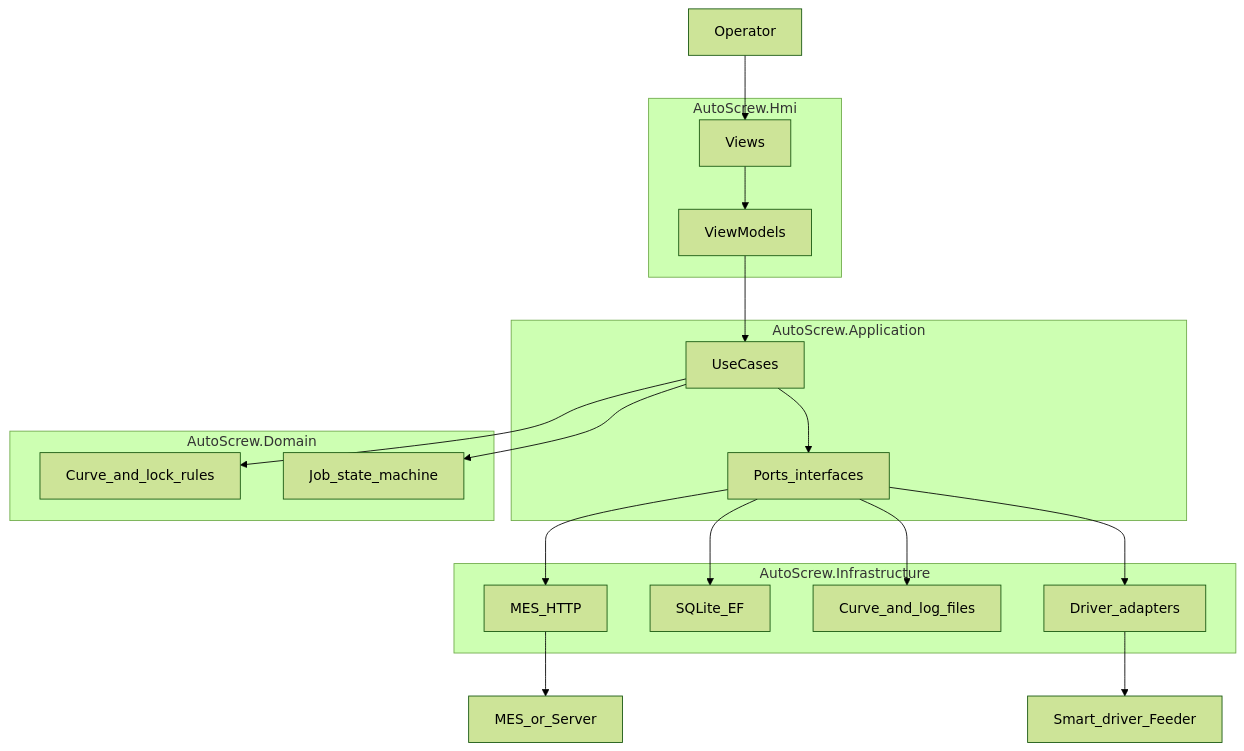
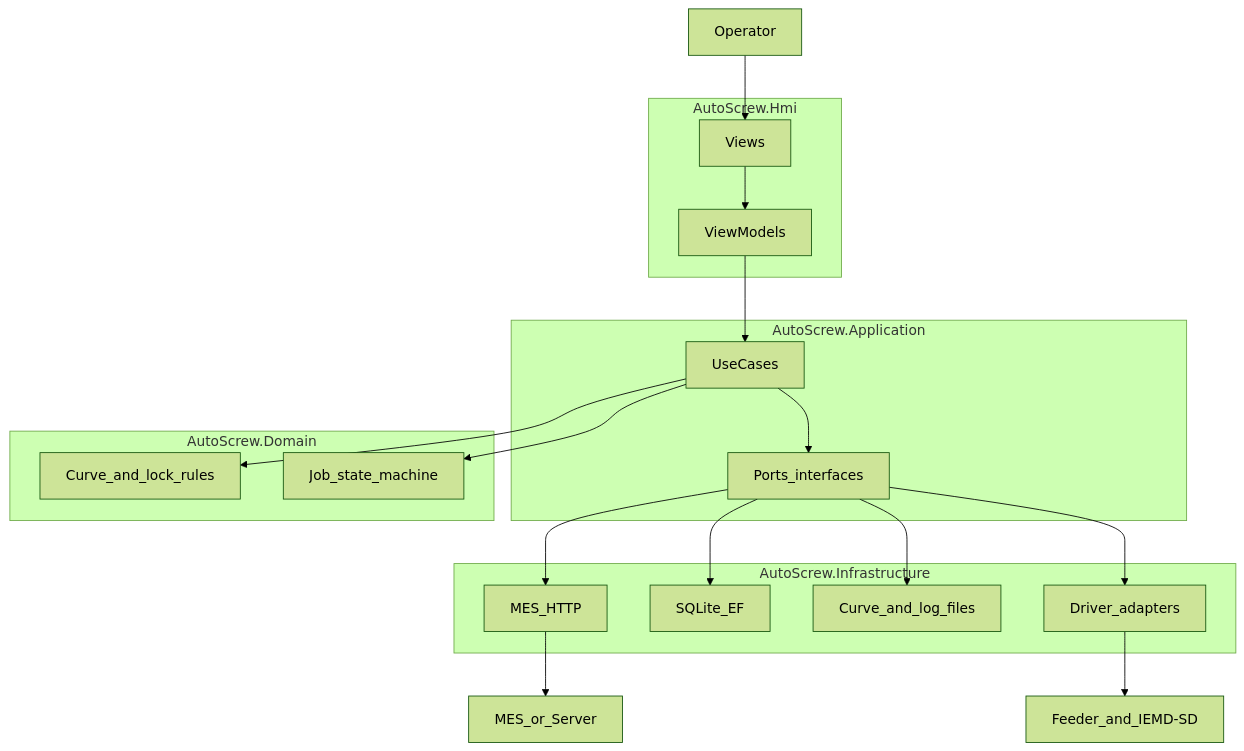
Before and after one commit to JacobLiou/AutoScrew: the diagram in doc/Design.md, drawn with Mermaid (forest theme). The commit also changed other lines of this file and 13 other files, not shown here.

````diff
--- a/doc/Design.md
+++ b/doc/Design.md
@@ -79,33 +80,33 @@
 ```mermaid
 flowchart TB
   subgraph hmi [AutoScrew.Hmi]
     Views[Views]
     VMs[ViewModels]
   end
   subgraph app [AutoScrew.Application]
     UseCases[UseCases]
     Ports[Ports_interfaces]
   end
   subgraph dom [AutoScrew.Domain]
     Rules[Curve_and_lock_rules]
     FSM[Job_state_machine]
   end
   subgraph infra [AutoScrew.Infrastructure]
     Mes[MES_HTTP]
     Db[SQLite_EF]
     Files[Curve_and_log_files]
     Devices[Driver_adapters]
   end
   Operator[Operator] --> Views
   Views --> VMs
   VMs --> UseCases
   UseCases --> Ports
   UseCases --> Rules
   UseCases --> FSM
   Ports --> Mes
   Ports --> Db
   Ports --> Files
   Ports --> Devices
   Mes --> MES[MES_or_Server]
-  Devices --> HW[Smart_driver_Feeder]
+  Devices --> HW[Feeder_and_IEMD-SD]
 ```
````
